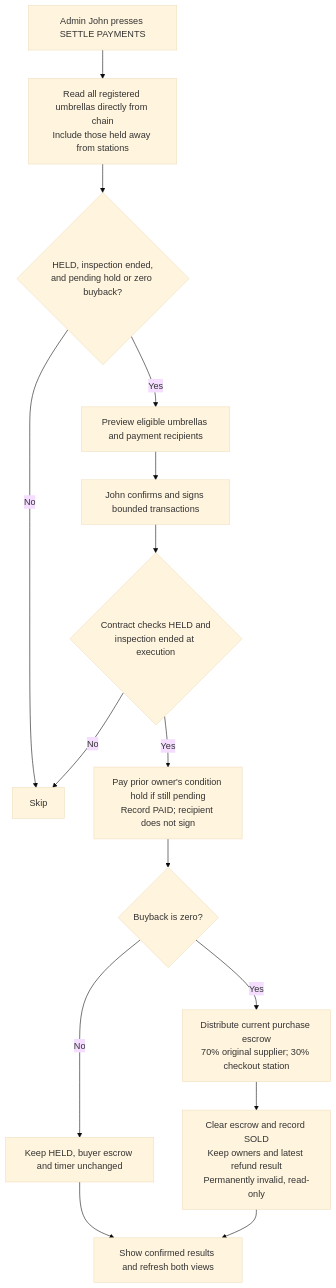
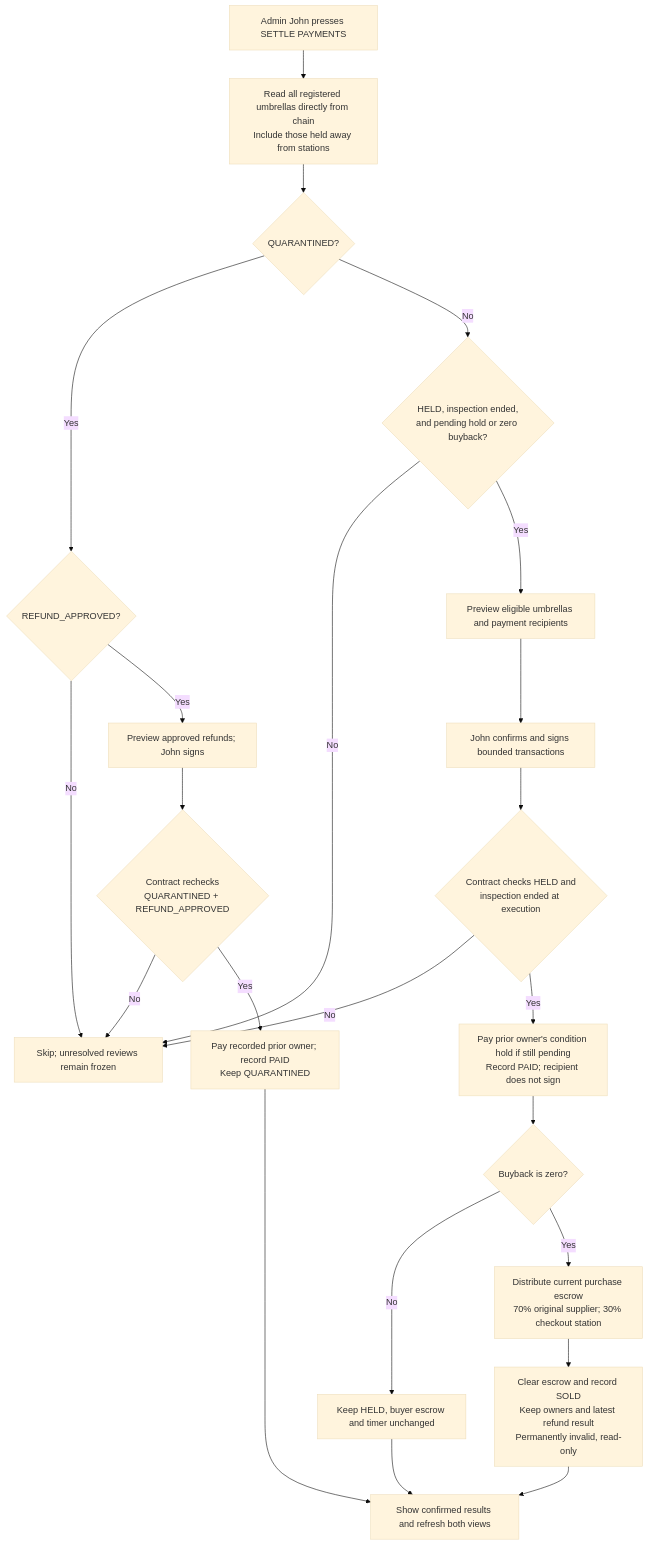
The ninth of 10 diagrams in docs/project-flows.md (towa-hi/sui-kirisame), drawn with Mermaid (base theme) before and after one commit. The commit also changed other lines of this file and 6 other files, not shown here.

````diff
--- a/docs/project-flows.md
+++ b/docs/project-flows.md
@@ -219,17 +230,25 @@
 ```mermaid
 flowchart TD
     Button["Admin John presses SETTLE PAYMENTS"] --> Read["Read all registered umbrellas directly from chain<br/>Include those held away from stations"]
-    Read --> Eligible{"HELD, inspection ended,<br/>and pending hold or zero buyback?"}
-    Eligible -->|No| Skip["Skip"]
+    Read --> Review{"QUARANTINED?"}
+    Review -->|Yes| Approved{"REFUND_APPROVED?"}
+    Approved -->|No| Skip["Skip; unresolved reviews remain frozen"]
+    Approved -->|Yes| ReviewPreview["Preview approved refunds; John signs"]
+    ReviewPreview --> ReviewCheck{"Contract rechecks<br/>QUARANTINED + REFUND_APPROVED"}
+    ReviewCheck -->|No| Skip
+    ReviewCheck -->|Yes| Refund["Pay recorded prior owner; record PAID<br/>Keep QUARANTINED"]
+    Review -->|No| Eligible{"HELD, inspection ended,<br/>and pending hold or zero buyback?"}
+    Eligible -->|No| Skip
     Eligible -->|Yes| Preview["Preview eligible umbrellas and payment recipients"]
     Preview --> Sign["John confirms and signs bounded transactions"]
     Sign --> Check{"Contract checks HELD and<br/>inspection ended at execution"}
     Check -->|No| Skip
     Check -->|Yes| Prior["Pay prior owner's condition hold if still pending<br/>Record PAID; recipient does not sign"]
     Prior --> Buyback{"Buyback is zero?"}
     Buyback -->|No| Held["Keep HELD, buyer escrow and timer unchanged"]
     Buyback -->|Yes| Split["Distribute current purchase escrow<br/>70% original supplier; 30% checkout station"]
     Split --> Sold["Clear escrow and record SOLD<br/>Keep owners and latest refund result<br/>Permanently invalid, read-only"]
     Held --> Result["Show confirmed results and refresh both views"]
     Sold --> Result
+    Refund --> Result
 ```
````
